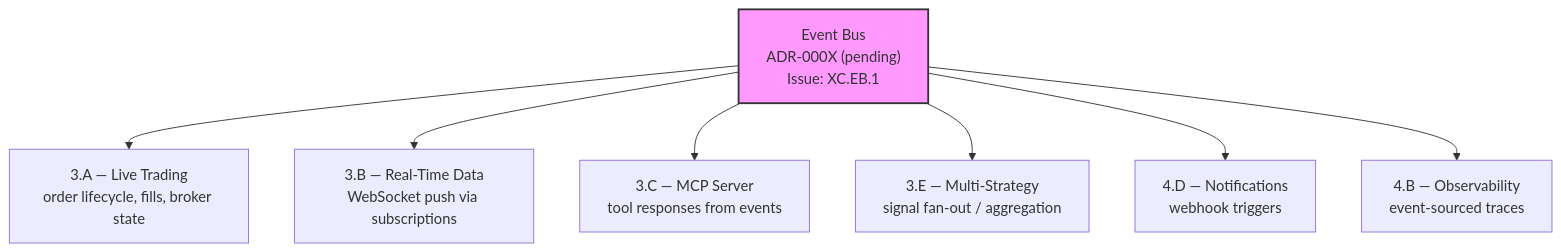
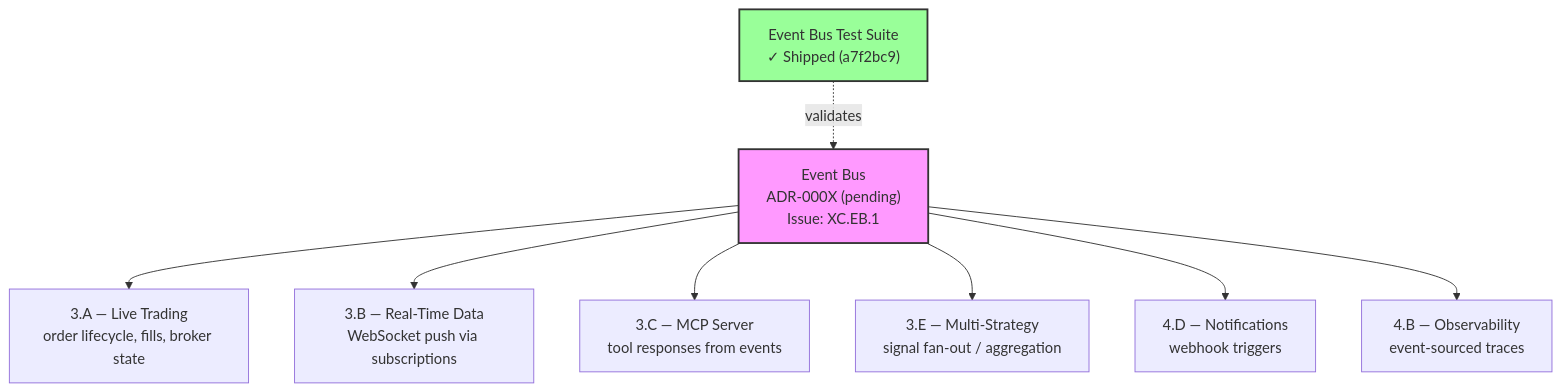
The diagram in STRATEGY.md (SevFle/nexus-trade-engine), drawn with Mermaid before and after one commit. The commit also changed other lines of this file, not shown here.

First line of the commit message:
docs(strategy): plan fix for sandbox test ImportError

````diff
--- a/STRATEGY.md
+++ b/STRATEGY.md
@@ -137,12 +151,15 @@
 ```mermaid
 graph TD
     EB["Event Bus<br/>ADR-000X (pending)<br/>Issue: XC.EB.1"]
+    EB_TEST["Event Bus Test Suite<br/>✓ Shipped (a7f2bc9)"]
+    EB_TEST -.->|validates| EB
     EB --> LT["3.A — Live Trading<br/>order lifecycle, fills, broker state"]
     EB --> RT["3.B — Real-Time Data<br/>WebSocket push via subscriptions"]
     EB --> MCP["3.C — MCP Server<br/>tool responses from events"]
     EB --> MS["3.E — Multi-Strategy<br/>signal fan-out / aggregation"]
     EB --> NOT["4.D — Notifications<br/>webhook triggers"]
     EB --> OBS["4.B — Observability<br/>event-sourced traces"]
 
     style EB fill:#f9f,stroke:#333,stroke-width:2px
+    style EB_TEST fill:#9f9,stroke:#333,stroke-width:2px
 ```
````
